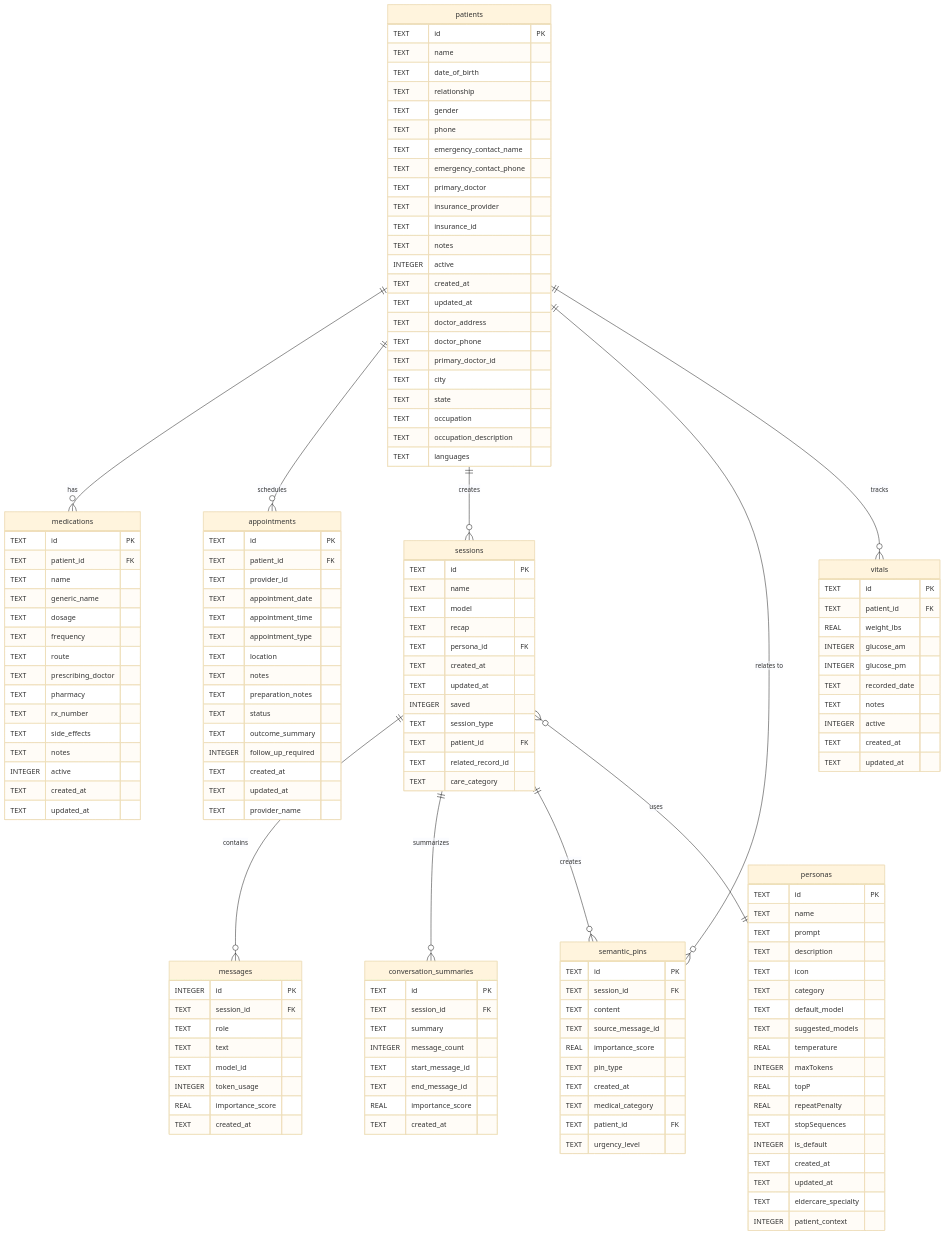
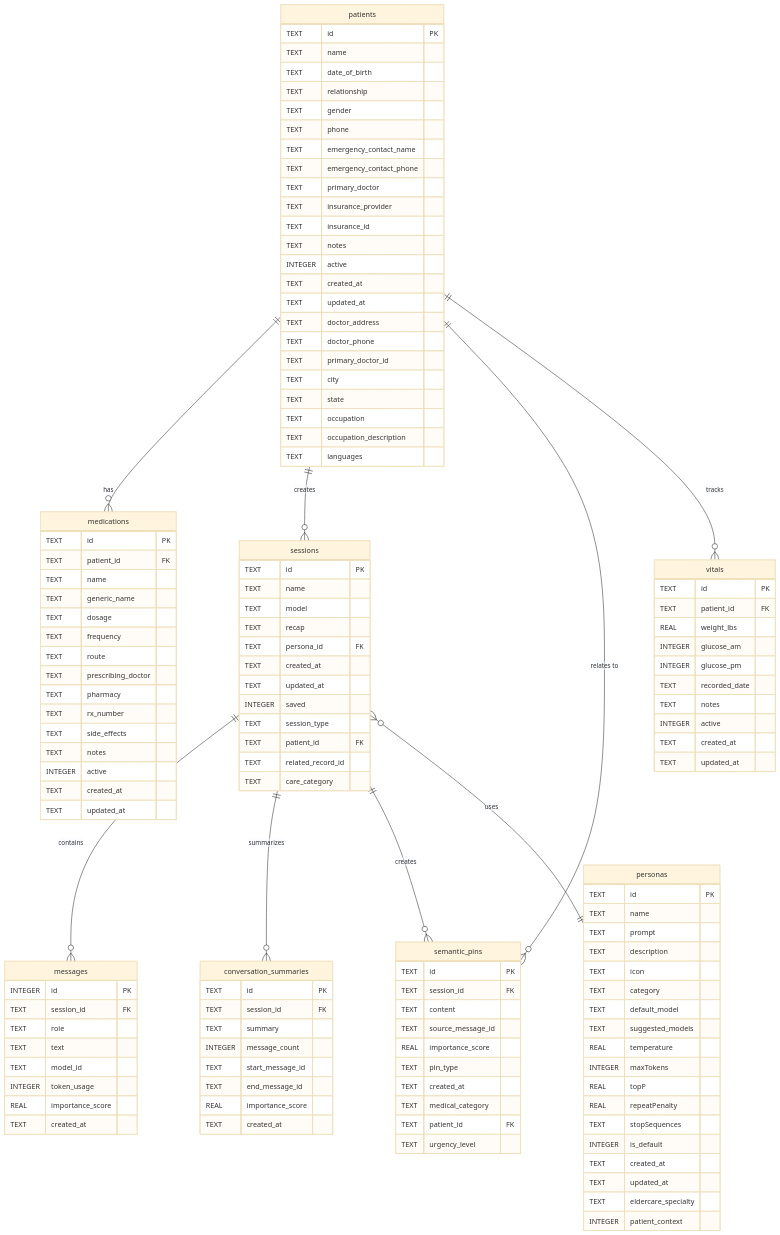
Before and after one commit to Kalito-Labs/Luna: the diagram in docs/schemas/database-schema.md, drawn with Mermaid (base theme). The commit also changed other lines of this file and 15 other files, not shown here.

````diff
--- a/docs/schemas/database-schema.md
+++ b/docs/schemas/database-schema.md
@@ -7,7 +7,6 @@
 ```mermaid
 erDiagram
     patients ||--o{ medications : "has"
-    patients ||--o{ appointments : "schedules"
     patients ||--o{ sessions : "creates"
     patients ||--o{ semantic_pins : "relates to"
     patients ||--o{ vitals : "tracks"
@@ -59,24 +58,6 @@
         INTEGER active
         TEXT created_at
         TEXT updated_at
-    }
-
-    appointments {
-        TEXT id PK
-        TEXT patient_id FK
-        TEXT provider_id
-        TEXT appointment_date
-        TEXT appointment_time
-        TEXT appointment_type
-        TEXT location
-        TEXT notes
-        TEXT preparation_notes
-        TEXT status
-        TEXT outcome_summary
-        INTEGER follow_up_required
-        TEXT created_at
-        TEXT updated_at
-        TEXT provider_name
     }
 
     sessions {
````
